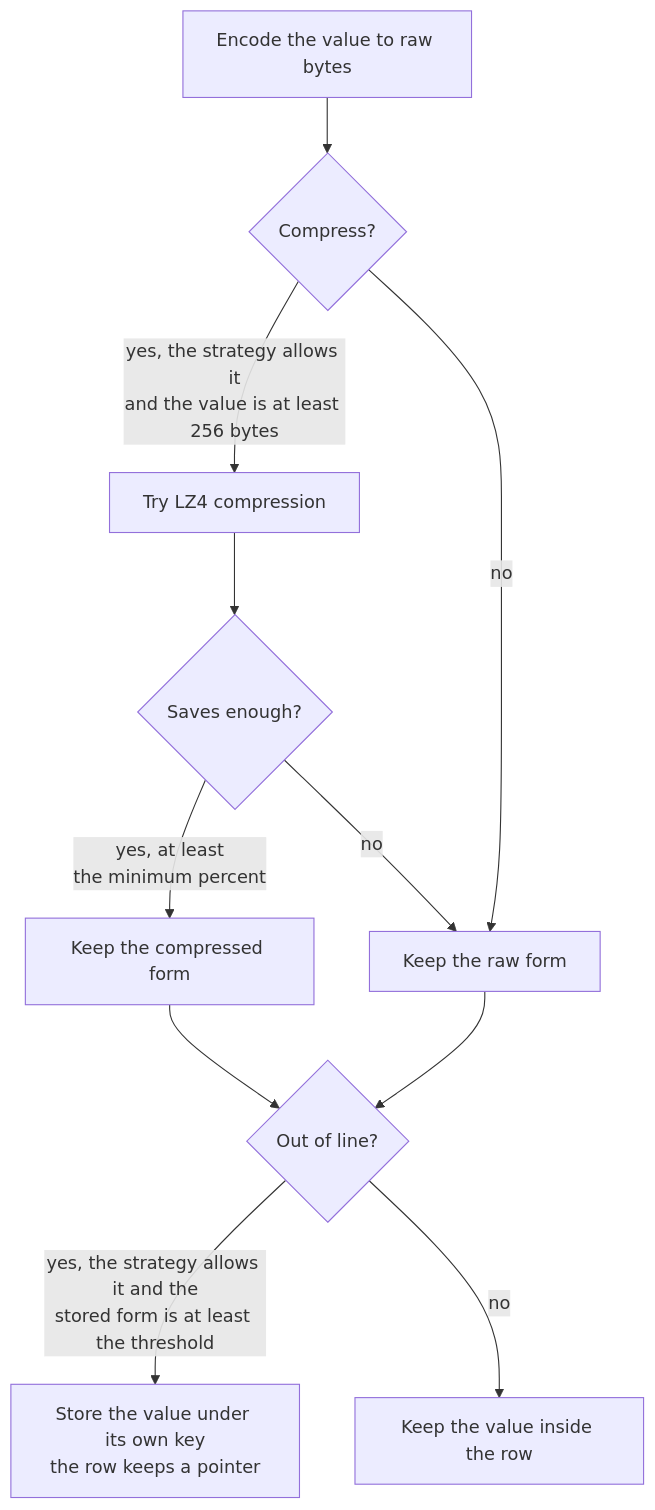
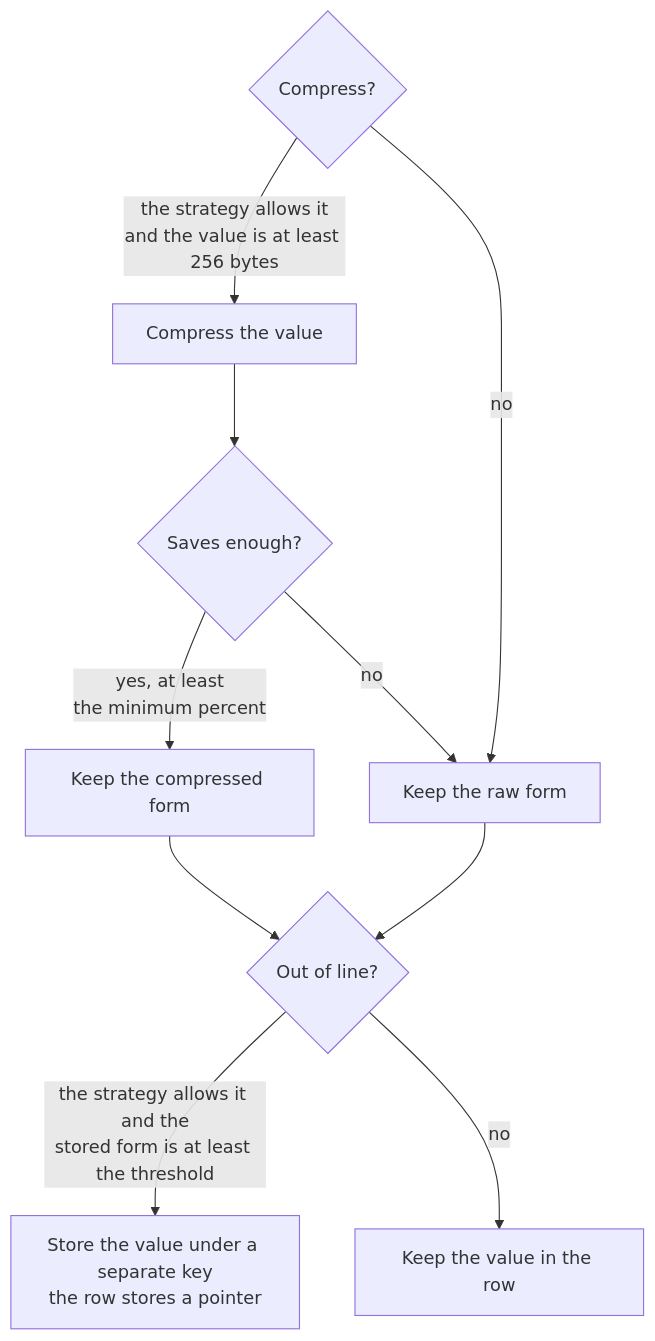
Before and after one commit to camusdb/camusdb.github.io: the diagram in docs/storage-layout.md, drawn with Mermaid. The commit also changed other lines of this file and 216 other files, not shown here.

````diff
--- a/docs/storage-layout.md
+++ b/docs/storage-layout.md
@@ -78,13 +75,12 @@
 ```mermaid
 flowchart TD
-    A[Encode the value to raw bytes] --> B{Compress?}
-    B -->|"yes, the strategy allows it<br/>and the value is at least 256 bytes"| C[Try LZ4 compression]
+    B{Compress?} -->|"the strategy allows it<br/>and the value is at least 256 bytes"| C[Compress the value]
     B -->|no| F[Keep the raw form]
     C --> D{Saves enough?}
     D -->|"yes, at least<br/>the minimum percent"| E[Keep the compressed form]
     D -->|no| F
     E --> G{Out of line?}
     F --> G
-    G -->|"yes, the strategy allows it and the<br/>stored form is at least the threshold"| H["Store the value under its own key<br/>the row keeps a pointer"]
-    G -->|no| I[Keep the value inside the row]
+    G -->|"the strategy allows it and the<br/>stored form is at least the threshold"| H["Store the value under a separate key<br/>the row stores a pointer"]
+    G -->|no| I[Keep the value in the row]
 ```
````
